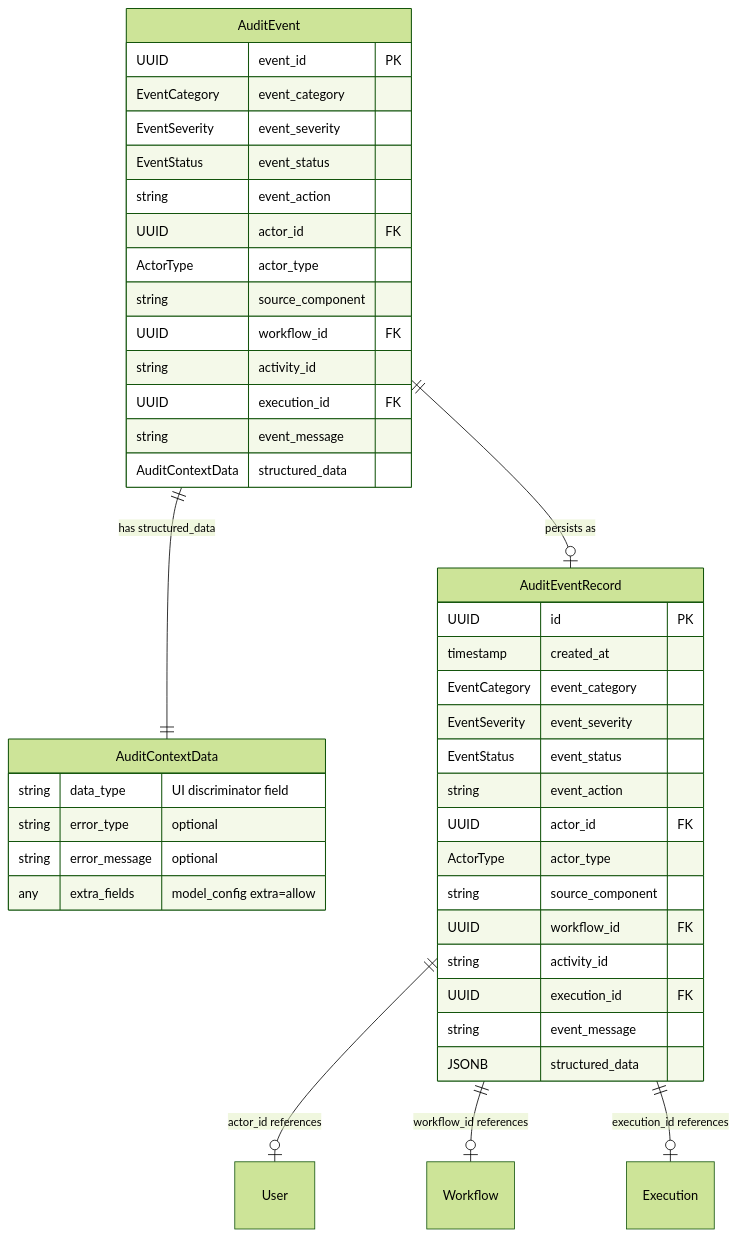
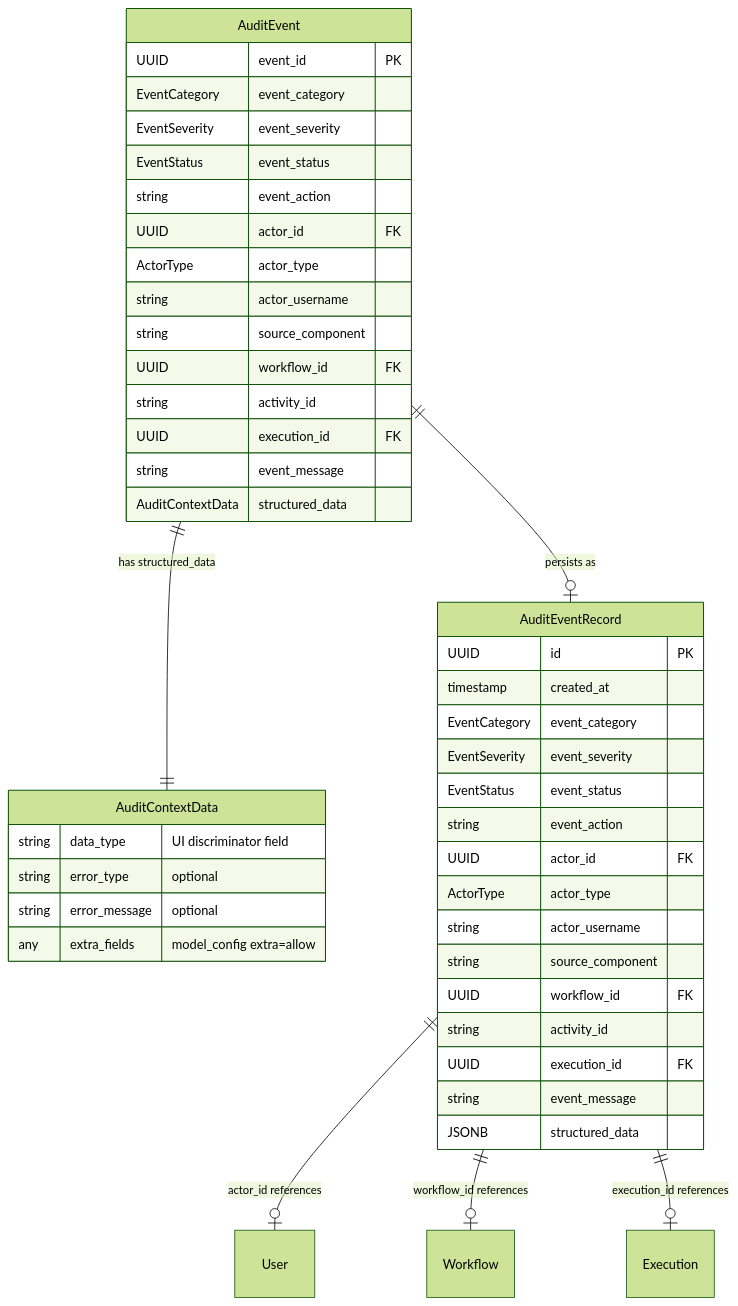
Before and after one commit to alinabuzachis/syntara: the second of 6 diagrams in docs/audit.md, drawn with Mermaid (forest theme). The commit also changed other lines of this file and 34 other files, not shown here.

````diff
--- a/docs/audit.md
+++ b/docs/audit.md
@@ -103,49 +103,51 @@
 ```mermaid
 erDiagram
     AuditEvent ||--|| AuditContextData : "has structured_data"
     AuditEvent ||--o| AuditEventRecord : "persists as"
 
     AuditEventRecord ||--o| User : "actor_id references"
     AuditEventRecord ||--o| Workflow : "workflow_id references"
     AuditEventRecord ||--o| Execution : "execution_id references"
 
     AuditEvent {
         UUID event_id PK
         EventCategory event_category
         EventSeverity event_severity
         EventStatus event_status
         string event_action
         UUID actor_id FK
         ActorType actor_type
+        string actor_username
         string source_component
         UUID workflow_id FK
         string activity_id
         UUID execution_id FK
         string event_message
         AuditContextData structured_data
     }
 
     AuditEventRecord {
         UUID id PK
         timestamp created_at
         EventCategory event_category
         EventSeverity event_severity
         EventStatus event_status
         string event_action
         UUID actor_id FK
         ActorType actor_type
+        string actor_username
         string source_component
         UUID workflow_id FK
         string activity_id
         UUID execution_id FK
         string event_message
         JSONB structured_data
     }
 
     AuditContextData {
         string data_type "UI discriminator field"
         string error_type "optional"
         string error_message "optional"
         any extra_fields "model_config extra=allow"
     }
 ```
````
